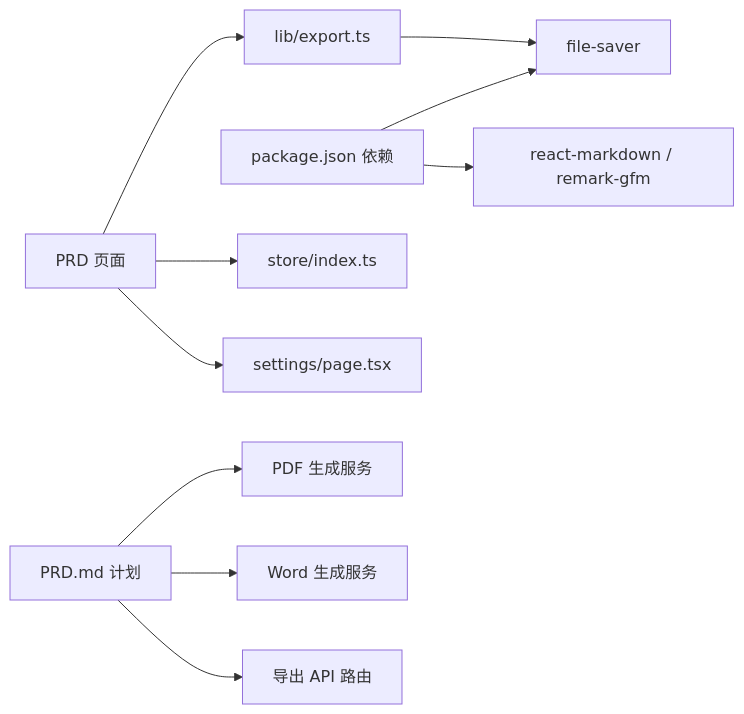
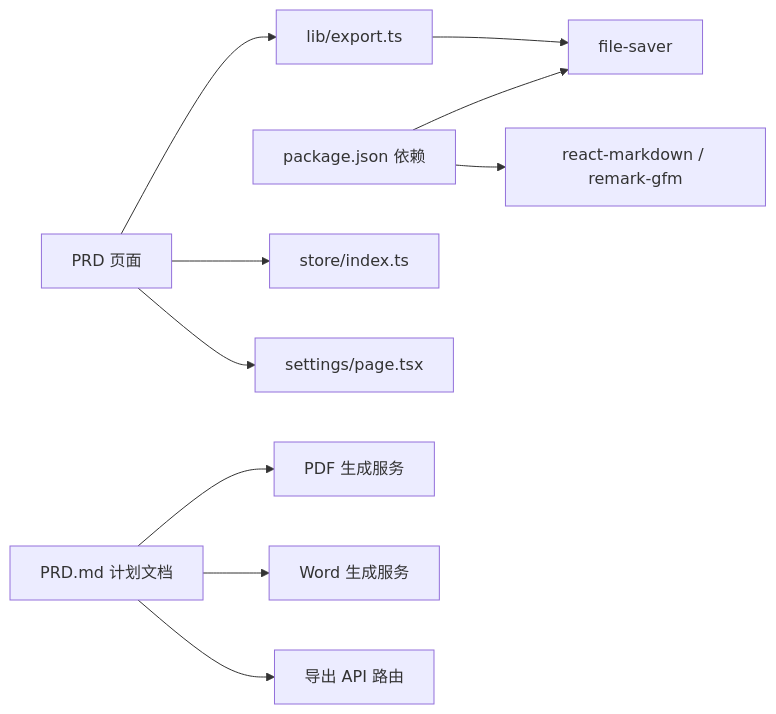
One commit to leonaiuv/PRDbot changed the fifth of 5 diagrams in .qoder/repowiki/zh/content/导出功能.md. Above: the diagram before and after it, drawn with Mermaid. The commit also changed other lines of this file and 7 other files, not shown here.

````diff
--- a/.qoder/repowiki/zh/content/导出功能.md
+++ b/.qoder/repowiki/zh/content/导出功能.md
@@ -214,12 +234,12 @@
 ```mermaid
 graph LR
 Pkg["package.json 依赖"] --> FS["file-saver"]
 Pkg --> RM["react-markdown / remark-gfm"]
 ExportTS["lib/export.ts"] --> FS
 PRDPage["PRD 页面"] --> ExportTS
 PRDPage --> Store["store/index.ts"]
 PRDPage --> Settings["settings/page.tsx"]
-PRDPlan["PRD.md 计划"] --> PDF["PDF 生成服务"]
+PRDPlan["PRD.md 计划文档"] --> PDF["PDF 生成服务"]
 PRDPlan --> DOCX["Word 生成服务"]
 PRDPlan --> API["导出 API 路由"]
 ```
````
